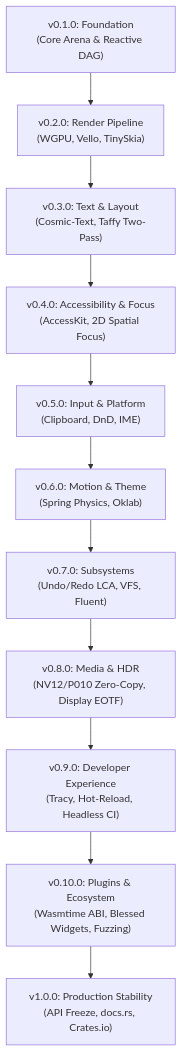
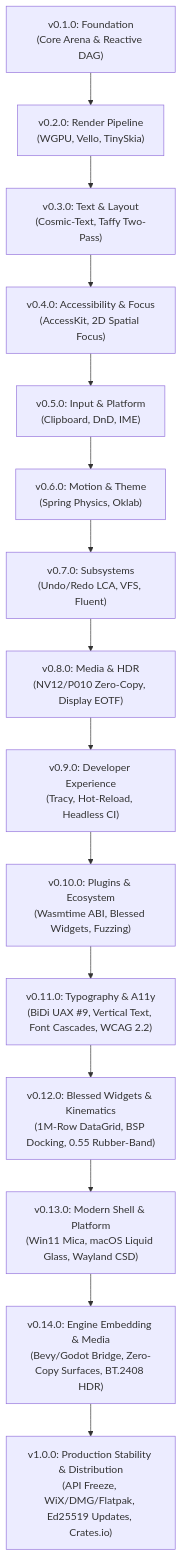
One commit to jxoesneon/martensite changed the diagram in docs/milestones/INDEX.md. Above: the diagram before and after it, drawn with Mermaid. The commit also changed other lines of this file and 18 other files, not shown here.

First line of the commit message:
feat(v0.11.0): Advanced Typography & Platform Accessibility

````diff
--- a/docs/milestones/INDEX.md
+++ b/docs/milestones/INDEX.md
@@ -9,13 +9,17 @@
 ```mermaid
 graph TD
     M1["v0.1.0: Foundation<br/>(Core Arena & Reactive DAG)"] --> M2["v0.2.0: Render Pipeline<br/>(WGPU, Vello, TinySkia)"]
     M2 --> M3["v0.3.0: Text & Layout<br/>(Cosmic-Text, Taffy Two-Pass)"]
     M3 --> M4["v0.4.0: Accessibility & Focus<br/>(AccessKit, 2D Spatial Focus)"]
     M4 --> M5["v0.5.0: Input & Platform<br/>(Clipboard, DnD, IME)"]
     M5 --> M6["v0.6.0: Motion & Theme<br/>(Spring Physics, Oklab)"]
     M6 --> M7["v0.7.0: Subsystems<br/>(Undo/Redo LCA, VFS, Fluent)"]
     M7 --> M8["v0.8.0: Media & HDR<br/>(NV12/P010 Zero-Copy, Display EOTF)"]
     M8 --> M9["v0.9.0: Developer Experience<br/>(Tracy, Hot-Reload, Headless CI)"]
     M9 --> M10["v0.10.0: Plugins & Ecosystem<br/>(Wasmtime ABI, Blessed Widgets, Fuzzing)"]
-    M10 --> M11["v1.0.0: Production Stability<br/>(API Freeze, docs.rs, Crates.io)"]
+    M10 --> M11["v0.11.0: Typography & A11y<br/>(BiDi UAX #9, Vertical Text, Font Cascades, WCAG 2.2)"]
+    M11 --> M12["v0.12.0: Blessed Widgets & Kinematics<br/>(1M-Row DataGrid, BSP Docking, 0.55 Rubber-Band)"]
+    M12 --> M13["v0.13.0: Modern Shell & Platform<br/>(Win11 Mica, macOS Liquid Glass, Wayland CSD)"]
+    M13 --> M14["v0.14.0: Engine Embedding & Media<br/>(Bevy/Godot Bridge, Zero-Copy Surfaces, BT.2408 HDR)"]
+    M14 --> M15["v1.0.0: Production Stability & Distribution<br/>(API Freeze, WiX/DMG/Flatpak, Ed25519 Updates, Crates.io)"]
 ```
````
